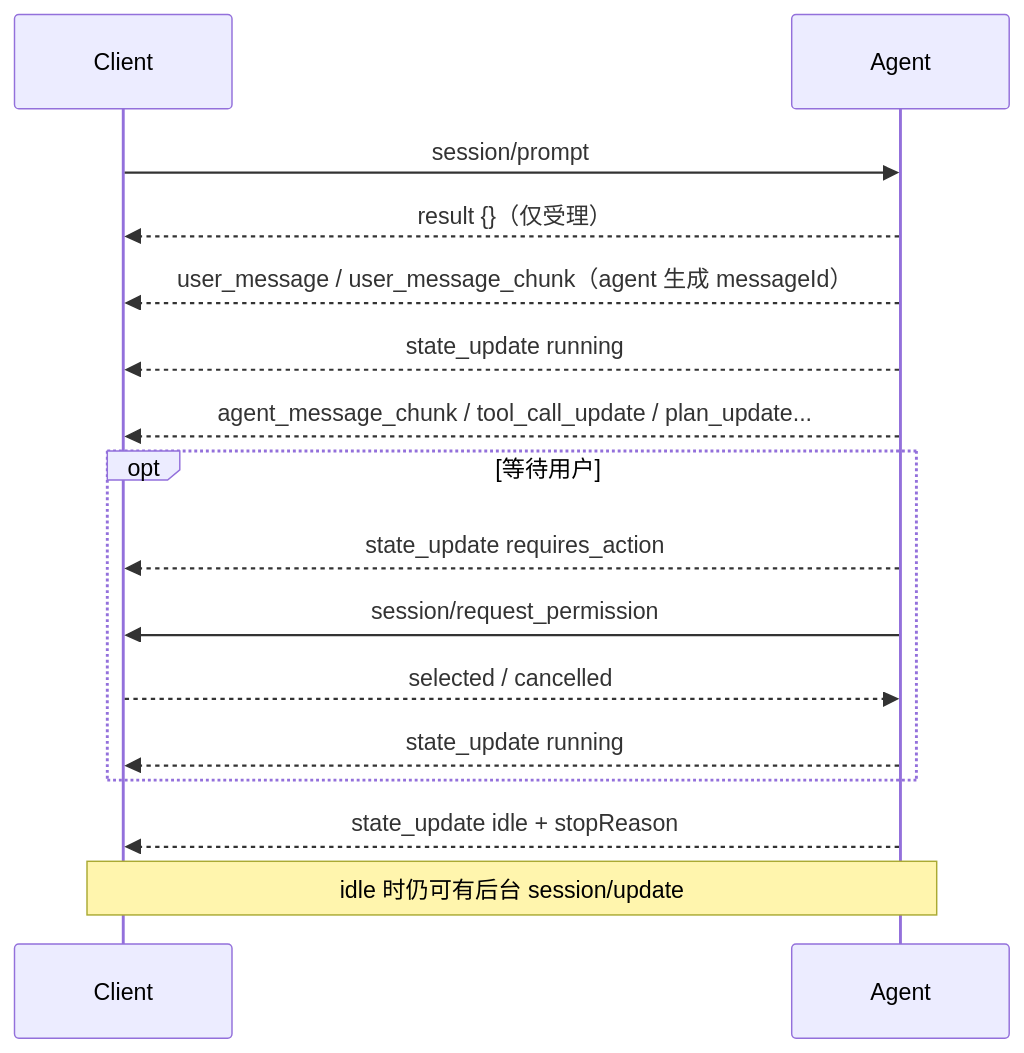
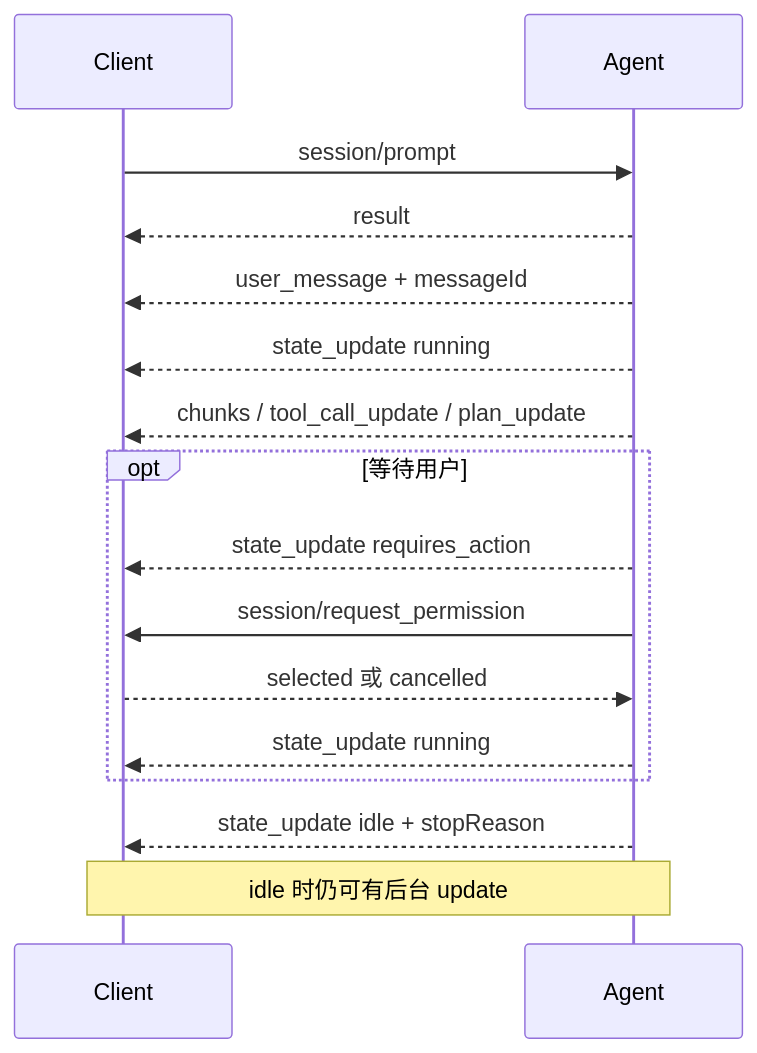
Before and after one commit to PerfectPan/wiki: the fourth of 5 diagrams in wiki/topics/ai/Agent Client Protocol.md, drawn with Mermaid. The commit also changed other lines of this file and 1 other file, not shown here.

````diff
--- a/wiki/topics/ai/Agent Client Protocol.md
+++ b/wiki/topics/ai/Agent Client Protocol.md
@@ -163,18 +134,18 @@
 ```mermaid
 sequenceDiagram
   participant C as Client
   participant A as Agent
   C->>A: session/prompt
-  A-->>C: result {}（仅受理）
-  A-->>C: user_message / user_message_chunk（agent 生成 messageId）
+  A-->>C: result
+  A-->>C: user_message + messageId
   A-->>C: state_update running
-  A-->>C: agent_message_chunk / tool_call_update / plan_update...
+  A-->>C: chunks / tool_call_update / plan_update
   opt 等待用户
     A-->>C: state_update requires_action
     A->>C: session/request_permission
-    C-->>A: selected / cancelled
+    C-->>A: selected 或 cancelled
     A-->>C: state_update running
   end
   A-->>C: state_update idle + stopReason
-  Note over A,C: idle 时仍可有后台 session/update
+  Note over A,C: idle 时仍可有后台 update
 ```
````
